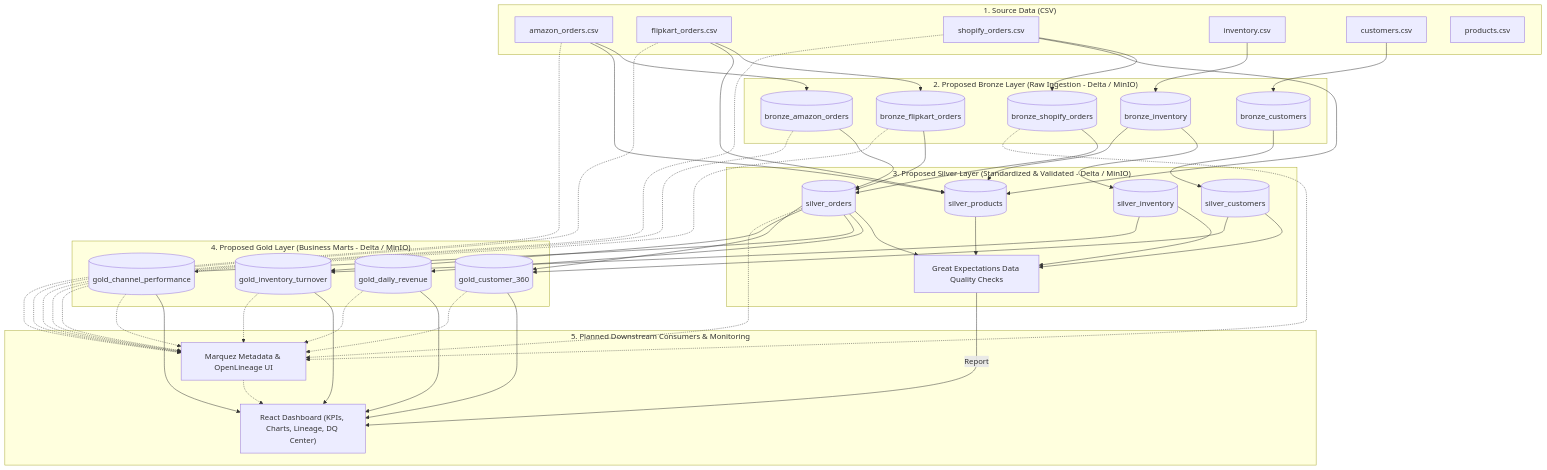
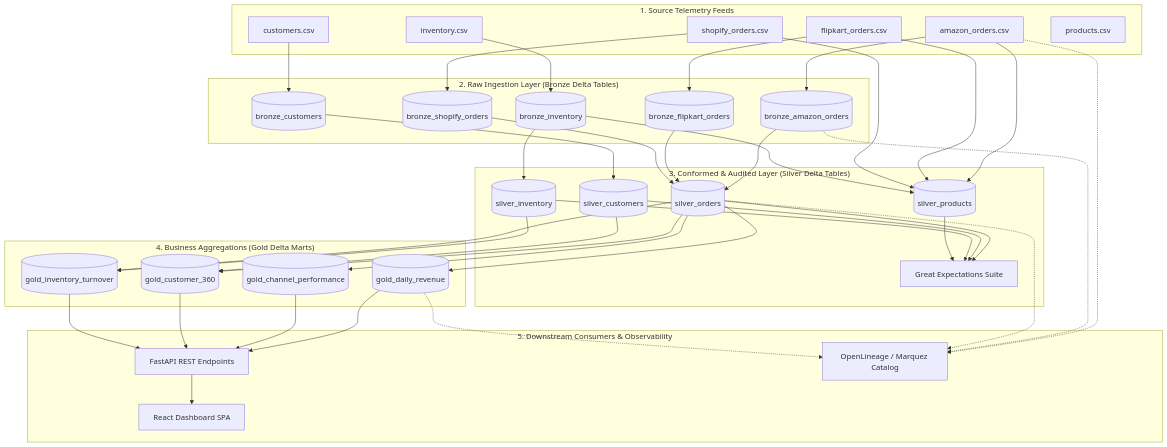
Before and after one commit to Madhavhk04/CartCo: the first of 2 diagrams in README.md, drawn with Mermaid. The commit also changed other lines of this file, not shown here.

````diff
--- a/README.md
+++ b/README.md
@@ -20,72 +31,66 @@
 ```mermaid
 graph TD
     %% Source Layer
-    subgraph "1. Source Data (CSV)"
+    subgraph "1. Source Telemetry Feeds"
         S1["amazon_orders.csv"]
         S2["flipkart_orders.csv"]
         S3["shopify_orders.csv"]
         S4["inventory.csv"]
         S5["customers.csv"]
         S6["products.csv"]
     end
 
     %% Bronze Layer
-    subgraph "2. Proposed Bronze Layer (Raw Ingestion - Delta / MinIO)"
+    subgraph "2. Raw Ingestion Layer (Bronze Delta Tables)"
         B1[("bronze_amazon_orders")]
         B2[("bronze_flipkart_orders")]
         B3[("bronze_shopify_orders")]
         B4[("bronze_inventory")]
         B5[("bronze_customers")]
     end
 
     %% Silver Layer
-    subgraph "3. Proposed Silver Layer (Standardized & Validated - Delta / MinIO)"
+    subgraph "3. Conformed & Audited Layer (Silver Delta Tables)"
         S_Ord[("silver_orders")]
         S_Cust[("silver_customers")]
         S_Prod[("silver_products")]
         S_Inv[("silver_inventory")]
-        GE["Great Expectations Data Quality Checks"]
+        GE["Great Expectations Suite"]
     end
 
     %% Gold Layer
-    subgraph "4. Proposed Gold Layer (Business Marts - Delta / MinIO)"
+    subgraph "4. Business Aggregations (Gold Delta Marts)"
         G1[("gold_daily_revenue")]
         G2[("gold_channel_performance")]
         G3[("gold_customer_360")]
         G4[("gold_inventory_turnover")]
     end
 
-    %% Analytics & Observability
-    subgraph "5. Planned Downstream Consumers & Monitoring"
-        DB["React Dashboard (KPIs, Charts, Lineage, DQ Center)"]
-        MQ["Marquez Metadata & OpenLineage UI"]
+    %% Downstream Consumers
+    subgraph "5. Downstream Consumers & Observability"
+        DB["React Dashboard SPA"]
+        API["FastAPI REST Endpoints"]
+        MQ["OpenLineage / Marquez Catalog"]
     end
 
-    %% Ingestion Flow
     S1 --> B1
     S2 --> B2
     S3 --> B3
     S4 --> B4
     S5 --> B5
 
-    %% Silver Processing
     B1 & B2 & B3 --> S_Ord
     B5 --> S_Cust
     B4 --> S_Inv
     S1 & S2 & S3 & B4 --> S_Prod
 
-    %% Validation Flow
     S_Ord & S_Cust & S_Inv & S_Prod --> GE
-    GE --> |Report| DB
-
-    %% Gold Aggregations
     S_Ord --> G1
     S_Ord --> G2
     S_Ord & S_Cust --> G3
     S_Inv & S_Ord --> G4
 
-    %% Visualizations & Lineage
-    G1 & G2 & G3 & G4 --> DB
-    S1 & S2 & S3 & B1 & B2 & B3 & S_Ord & G1 & G2 & G3 & G4 -.-> MQ
-    MQ -.-> DB
+    G1 & G2 & G3 & G4 --> API
+    API --> DB
+    S1 & B1 & S_Ord & G1 -.-> MQ
 ```
````
